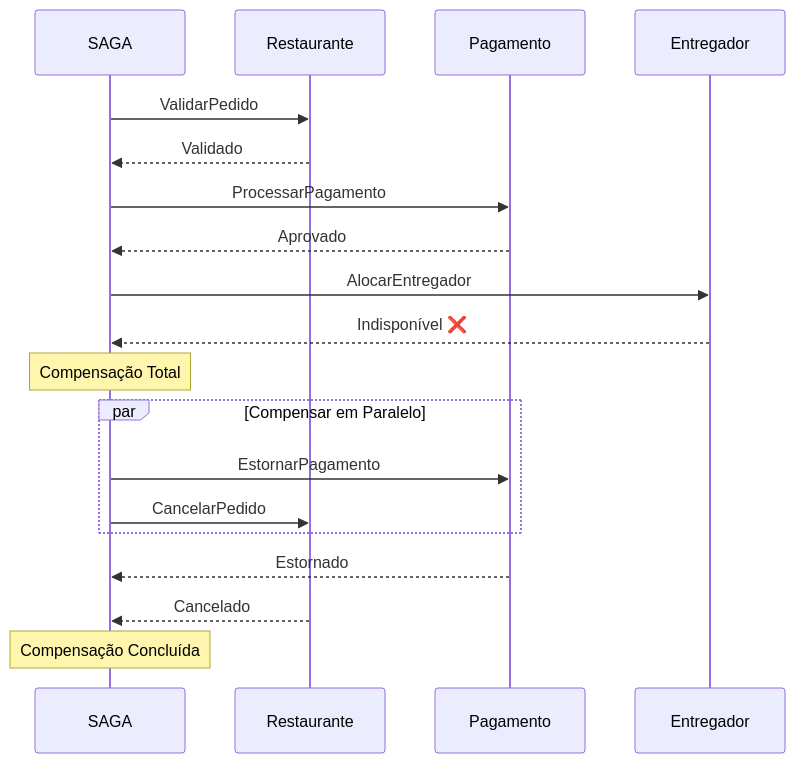
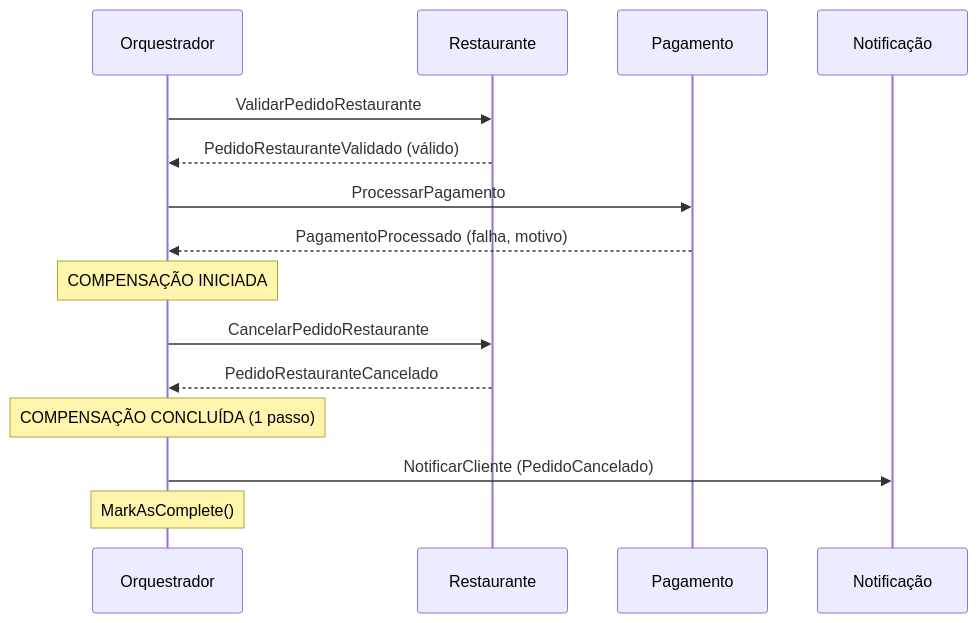
Before and after one commit to felipemarcianodev/saga-poc-dotnet: the third of 5 diagrams in docs/diagramas-compensacao.md, drawn with Mermaid. The commit also changed other lines of this file and 32 other files, not shown here.

````diff
--- a/docs/diagramas-compensacao.md
+++ b/docs/diagramas-compensacao.md
@@ -52,28 +70,22 @@
 ```mermaid
 sequenceDiagram
-    participant SAGA
+    participant SAGA as Orquestrador
     participant Restaurante
     participant Pagamento
-    participant Entregador
+    participant Notificacao as Notificação
 
-    SAGA->>Restaurante: ValidarPedido
-    Restaurante-->>SAGA: Validado
+    SAGA->>Restaurante: ValidarPedidoRestaurante
+    Restaurante-->>SAGA: PedidoRestauranteValidado (válido)
 
     SAGA->>Pagamento: ProcessarPagamento
-    Pagamento-->>SAGA: Aprovado
+    Pagamento-->>SAGA: PagamentoProcessado (falha, motivo)
 
-    SAGA->>Entregador: AlocarEntregador
-    Entregador-->>SAGA: Indisponível ❌
+    Note over SAGA: COMPENSAÇÃO INICIADA
 
-    Note over SAGA: Compensação Total
+    SAGA->>Restaurante: CancelarPedidoRestaurante
+    Restaurante-->>SAGA: PedidoRestauranteCancelado
 
-    par Compensar em Paralelo
-        SAGA->>Pagamento: EstornarPagamento
-        SAGA->>Restaurante: CancelarPedido
-    end
-
-    Pagamento-->>SAGA: Estornado
-    Restaurante-->>SAGA: Cancelado
-
-    Note over SAGA: Compensação Concluída
+    Note over SAGA: COMPENSAÇÃO CONCLUÍDA (1 passo)
+    SAGA->>Notificacao: NotificarCliente (PedidoCancelado)
+    Note over SAGA: MarkAsComplete()
 ```
````
